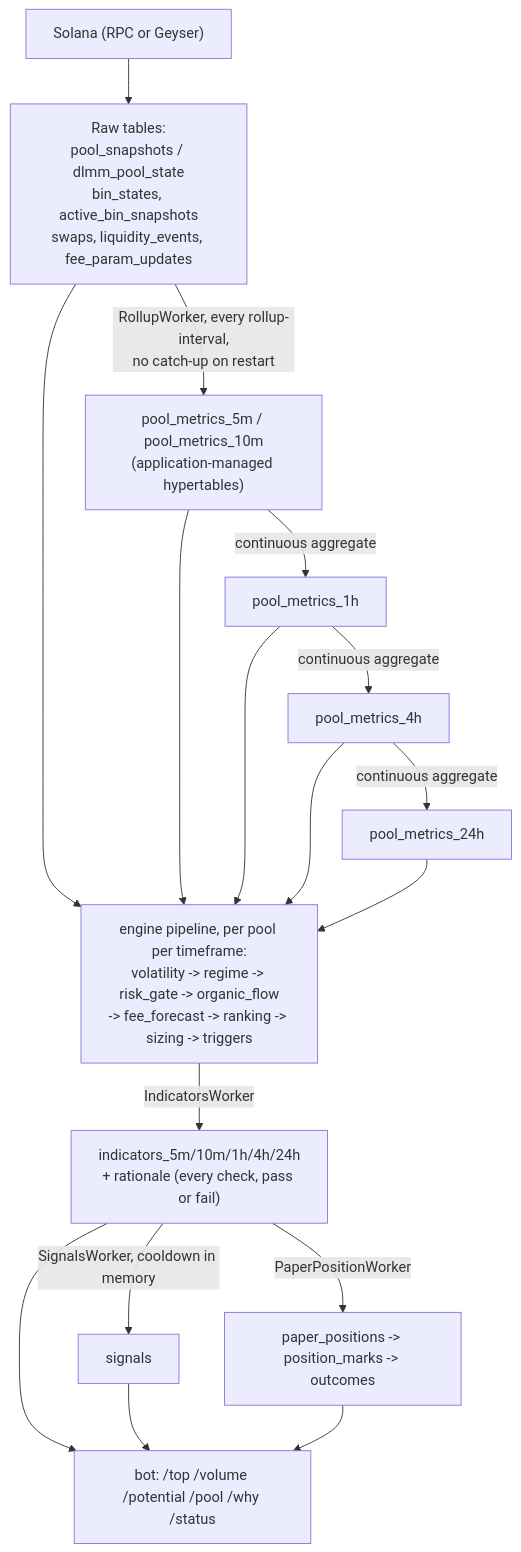
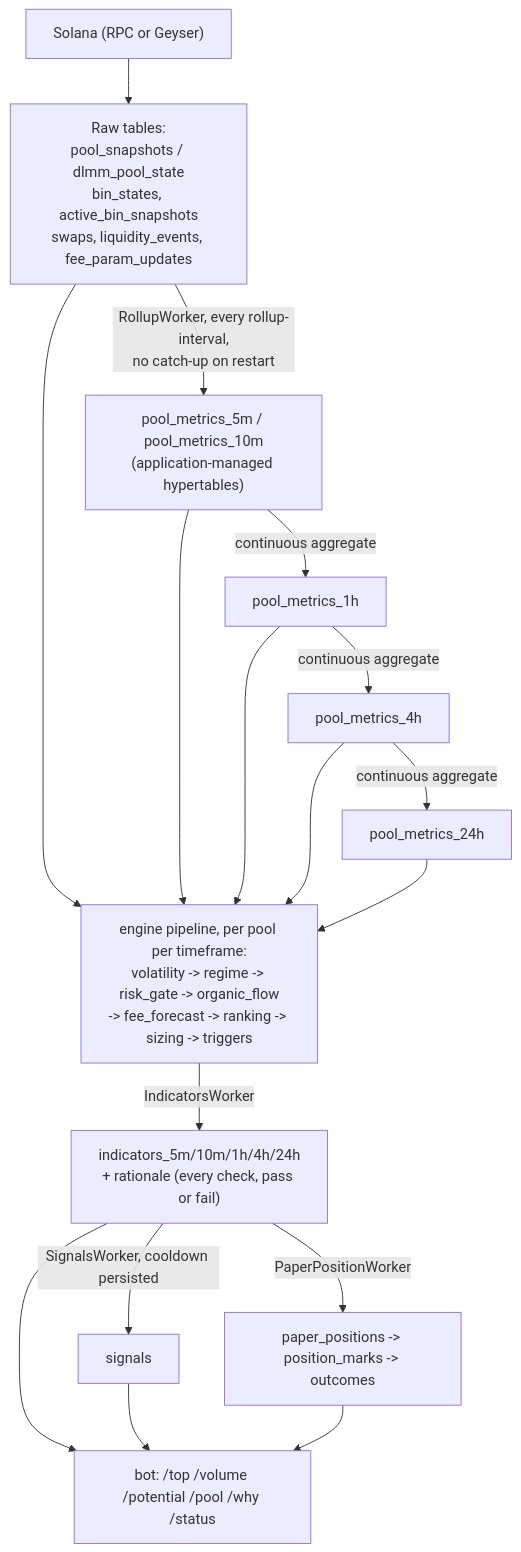
One commit to defi0x1/riffle changed the diagram in docs/architecture.md. Above: the diagram before and after it, drawn with Mermaid. The commit also changed other lines of this file and 7 other files, not shown here.

````diff
--- a/docs/architecture.md
+++ b/docs/architecture.md
@@ -143,19 +143,19 @@
 ```mermaid
 flowchart TD
     chain["Solana (RPC or Geyser)"] --> raw["Raw tables:\npool_snapshots / dlmm_pool_state\nbin_states, active_bin_snapshots\nswaps, liquidity_events, fee_param_updates"]
     raw -->|RollupWorker, every rollup-interval,\nno catch-up on restart| pm510["pool_metrics_5m / pool_metrics_10m\n(application-managed hypertables)"]
     pm510 -->|continuous aggregate| pm1h["pool_metrics_1h"]
     pm1h -->|continuous aggregate| pm4h["pool_metrics_4h"]
     pm4h -->|continuous aggregate| pm24h["pool_metrics_24h"]
     raw --> pipeline["engine pipeline, per pool per timeframe:\nvolatility -> regime -> risk_gate -> organic_flow\n-> fee_forecast -> ranking -> sizing -> triggers"]
     pm510 --> pipeline
     pm1h --> pipeline
     pm4h --> pipeline
     pm24h --> pipeline
     pipeline -->|IndicatorsWorker| indicators["indicators_5m/10m/1h/4h/24h\n+ rationale (every check, pass or fail)"]
-    indicators -->|SignalsWorker, cooldown in memory| signals["signals"]
+    indicators -->|SignalsWorker, cooldown persisted| signals["signals"]
     indicators -->|PaperPositionWorker| paper["paper_positions -> position_marks -> outcomes"]
     indicators --> bot["bot: /top /volume /potential /pool /why /status"]
     signals --> bot
     paper --> bot
 ```
````
